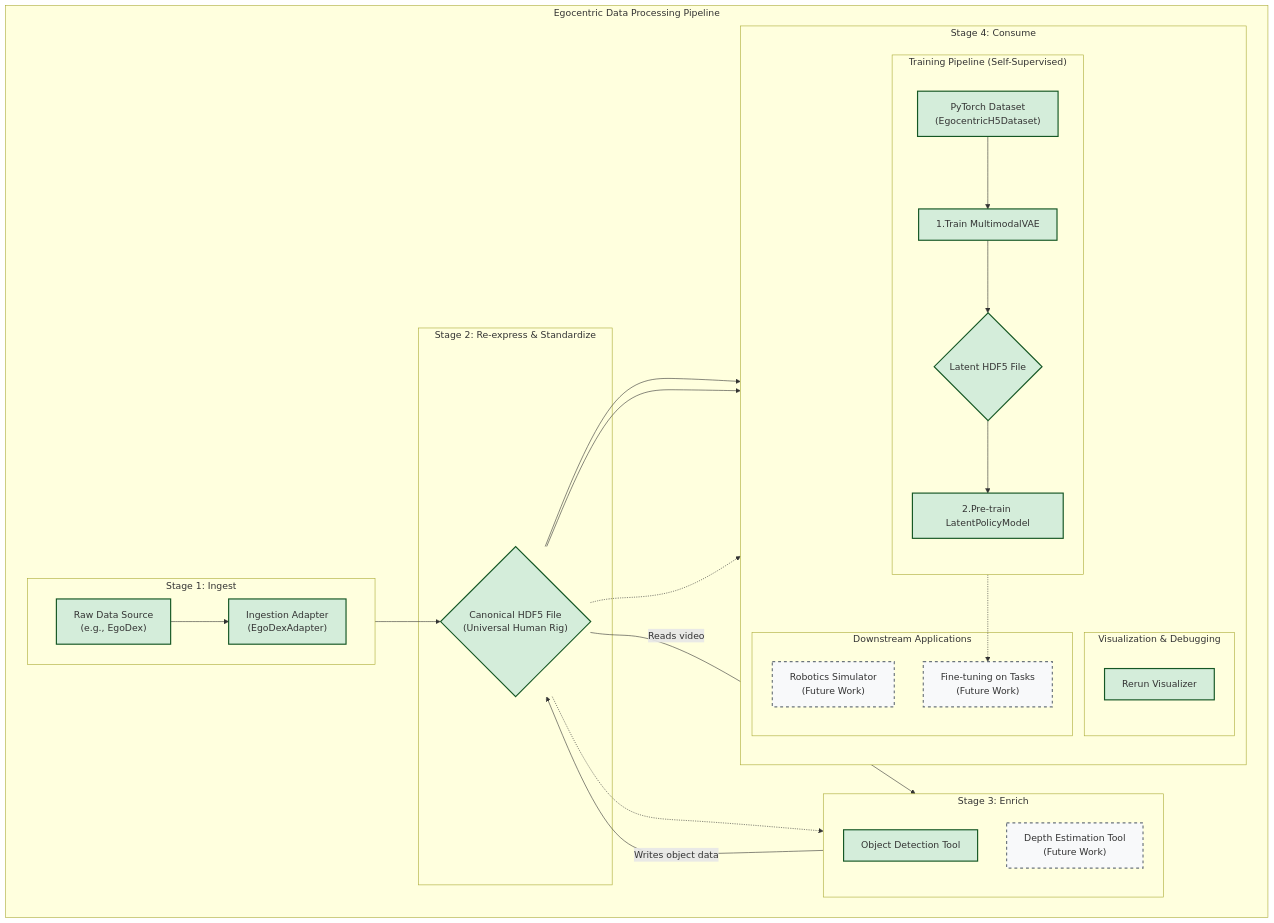
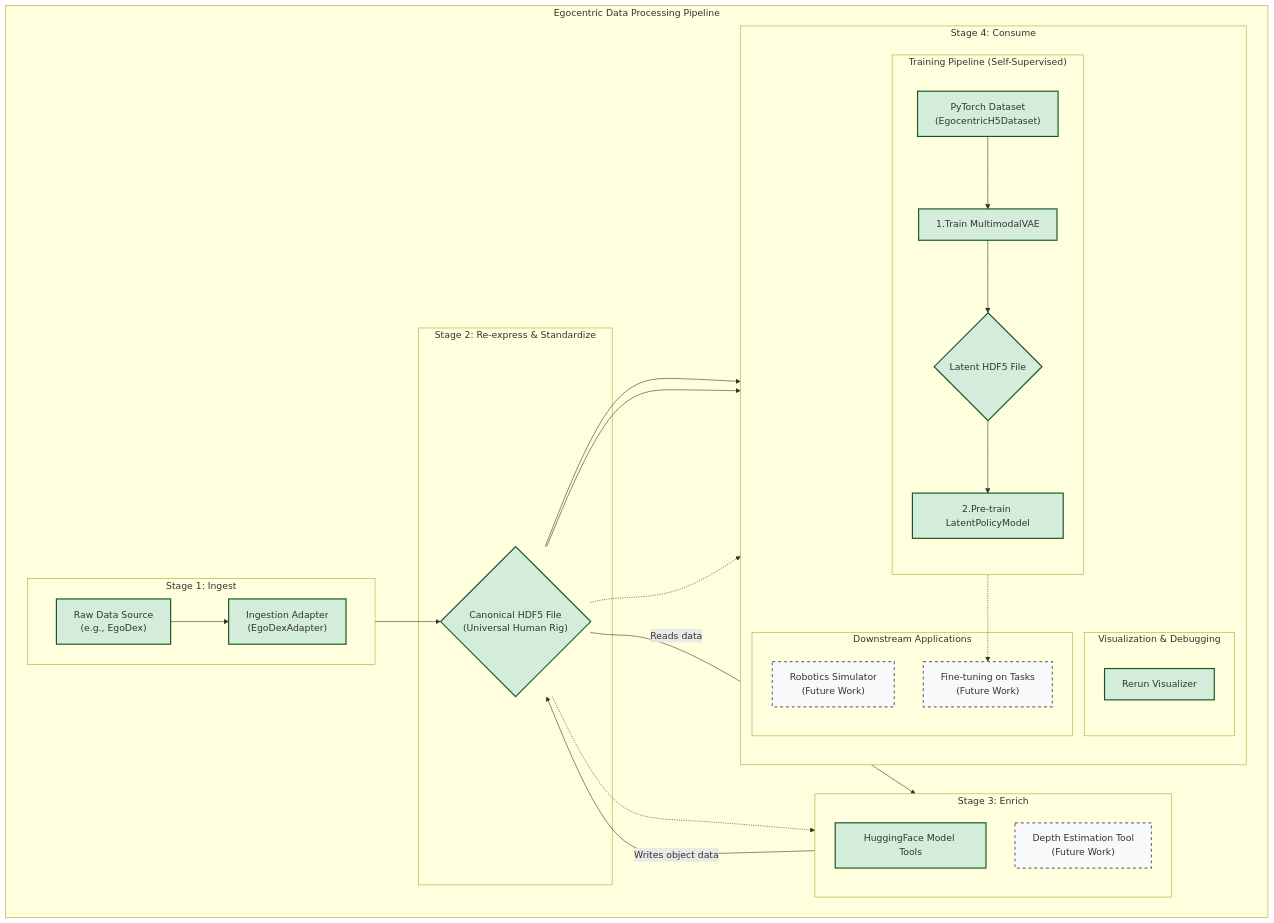
One commit to IstariRobotics/egohub changed the diagram in README.md. Above: the diagram before and after it, drawn with Mermaid.

````diff
--- a/README.md
+++ b/README.md
@@ -14,60 +14,60 @@
 ```mermaid
 graph TD
 %% Define Styles
 classDef built fill:#d4edda,stroke:#155724,stroke-width:2px
 classDef notBuilt fill:#f8f9fa,stroke:#6c757d,stroke-width:2px,stroke-dasharray: 5 5
 
 subgraph "Egocentric Data Processing Pipeline"
     direction LR
 
     subgraph "Stage 1: Ingest"
         direction LR
         RawData["Raw Data Source<br/>(e.g., EgoDex)"] --> Adapter["Ingestion Adapter<br/>(EgoDexAdapter)"]
     end
 
     subgraph "Stage 2: Re-express & Standardize"
         Adapter --> CanonicalH5{"Canonical HDF5 File<br/>(Universal Human Rig)"}
     end
 
     subgraph "Stage 3: Enrich"
         direction TB
-        ToolDetection["Object Detection Tool"]
+        ToolDetection["HuggingFace Model Tools"]
         ToolDepth["Depth Estimation Tool<br/>(Future Work)"]
     
-        CanonicalH5 -->|Reads video| ToolDetection
+        CanonicalH5 -->|Reads data| ToolDetection
         ToolDetection -->|Writes object data| CanonicalH5
         CanonicalH5 -.-> ToolDepth
     end
 
     subgraph "Stage 4: Consume"
         direction TB
 
         subgraph "Visualization & Debugging"
             AppRerun["Rerun Visualizer"]
         end
     
         subgraph "Training Pipeline (Self-Supervised)"
             direction TB
             PytorchDS["PyTorch Dataset<br/>(EgocentricH5Dataset)"] --> VAE["1.Train MultimodalVAE"]
             VAE --> LatentH5{"Latent HDF5 File"}
             LatentH5 --> Policy["2.Pre-train LatentPolicyModel"]
         end
 
         subgraph "Downstream Applications"
             AppSim["Robotics Simulator<br/>(Future Work)"]
             AppFinetune["Fine-tuning on Tasks<br/>(Future Work)"]
         end
     end
 
 end
 
 %% Define Flows
 CanonicalH5 --> PytorchDS
 CanonicalH5 --> AppRerun
 Policy -.-> AppFinetune
 CanonicalH5 -.-> AppSim
 
 %% Apply Styles to Nodes
 class RawData,Adapter,CanonicalH5,PytorchDS,VAE,LatentH5,Policy,AppRerun,ToolDetection built
 class ToolDepth,AppSim,AppFinetune notBuilt
 ```
````
